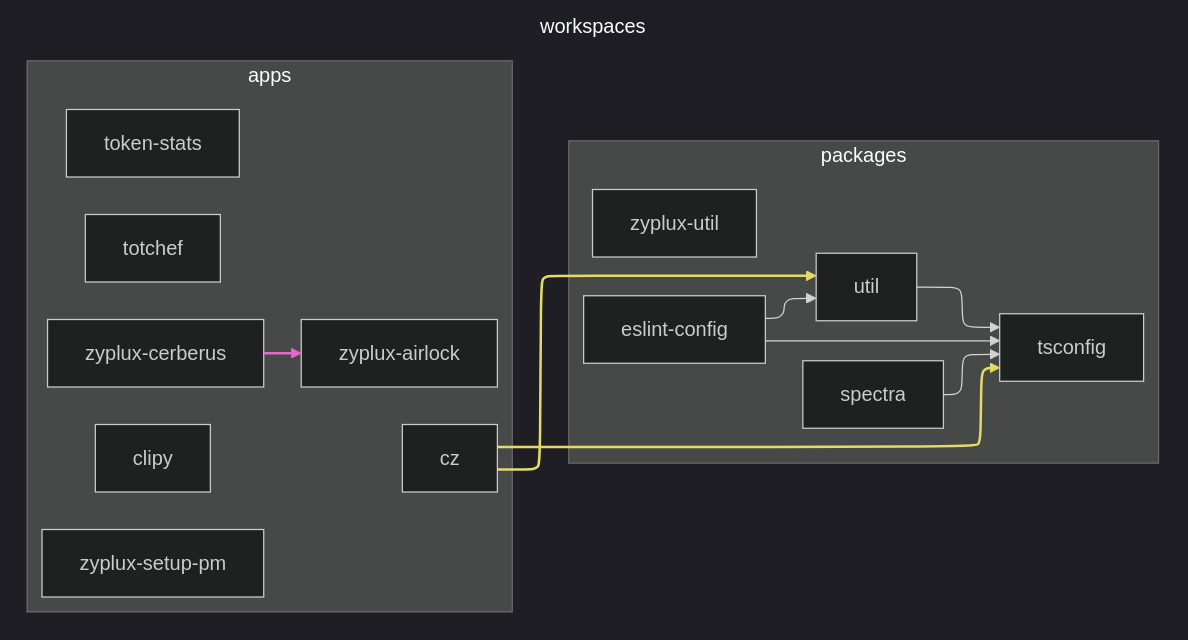
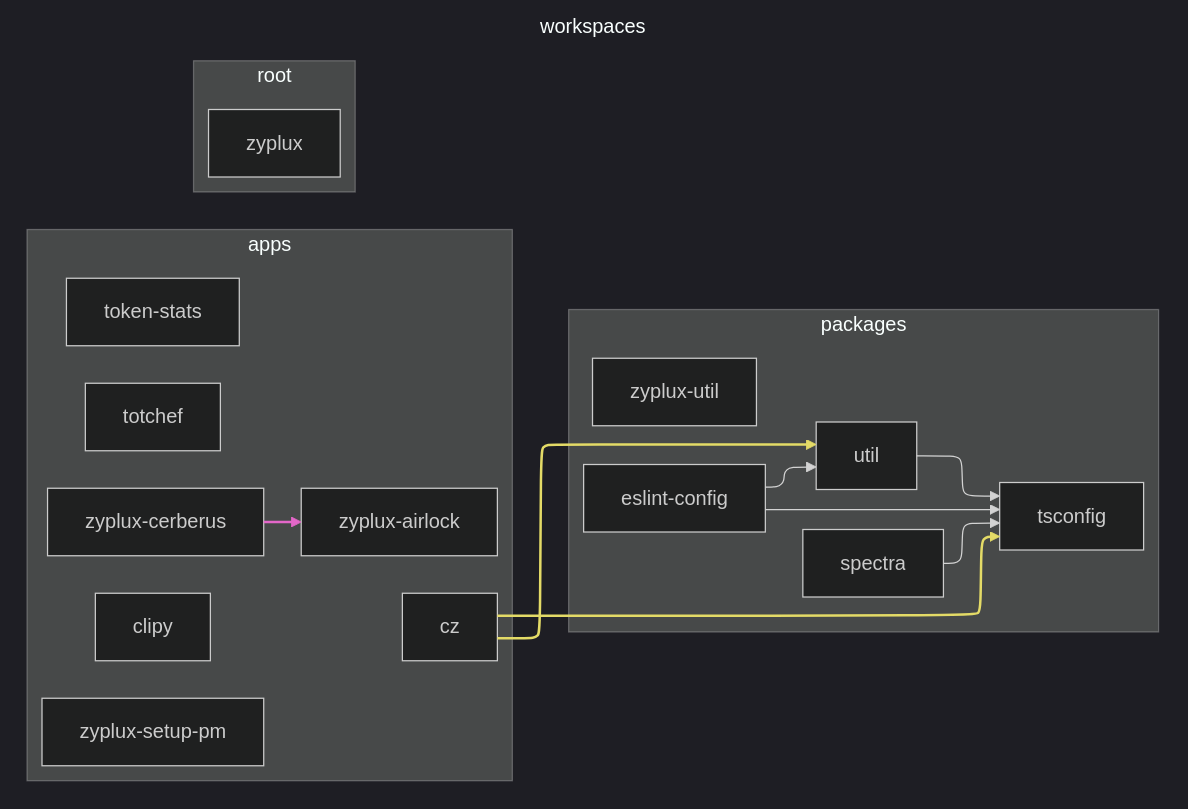
One commit to zyplux/zyplux changed the diagram in WORKSPACE_GRAPH.md. Above: the diagram before and after it, drawn with Mermaid. The commit also changed 17 other files, not shown here.

````diff
--- a/WORKSPACE_GRAPH.md
+++ b/WORKSPACE_GRAPH.md
@@ -5,39 +5,42 @@
 ```mermaid
 ---
 config:
   theme: dark
   layout: elk
 ---
 flowchart LR
     subgraph workspaces
         subgraph group_0["apps"]
-            ws_0["zyplux-setup-pm"]
-            ws_1["zyplux-airlock"]
-            ws_2["zyplux-cerberus"]
-            ws_3["clipy"]
-            ws_4["cz"]
-            ws_5["token-stats"]
-            ws_6["totchef"]
+            ws_1["zyplux-setup-pm"]
+            ws_2["zyplux-airlock"]
+            ws_3["zyplux-cerberus"]
+            ws_4["clipy"]
+            ws_5["cz"]
+            ws_6["token-stats"]
+            ws_7["totchef"]
         end
         subgraph group_1["packages"]
-            ws_7["eslint-config"]
-            ws_8["spectra"]
-            ws_9["tsconfig"]
-            ws_10["util"]
-            ws_11["zyplux-util"]
+            ws_8["eslint-config"]
+            ws_9["spectra"]
+            ws_10["tsconfig"]
+            ws_11["util"]
+            ws_12["zyplux-util"]
+        end
+        subgraph group_2["root"]
+            ws_0["zyplux"]
         end
     end
-    ws_2 ws_2__ws_1@--> ws_1
-    classDef ws_2_edges stroke:#e467c9,stroke-width:2px
-    class ws_2__ws_1 ws_2_edges
-    ws_4 ws_4__ws_9@--> ws_9
-    ws_4 ws_4__ws_10@--> ws_10
-    classDef ws_4_edges stroke:#e4db67,stroke-width:2px
-    class ws_4__ws_9,ws_4__ws_10 ws_4_edges
-    ws_7 ws_7__ws_9@--> ws_9
-    ws_7 ws_7__ws_10@--> ws_10
-    ws_8 ws_8__ws_9@--> ws_9
-    ws_10 ws_10__ws_9@--> ws_9
+    ws_3 ws_3__ws_2@--> ws_2
+    classDef ws_3_edges stroke:#e467c9,stroke-width:2px
+    class ws_3__ws_2 ws_3_edges
+    ws_5 ws_5__ws_10@--> ws_10
+    ws_5 ws_5__ws_11@--> ws_11
+    classDef ws_5_edges stroke:#e4db67,stroke-width:2px
+    class ws_5__ws_10,ws_5__ws_11 ws_5_edges
+    ws_8 ws_8__ws_10@--> ws_10
+    ws_8 ws_8__ws_11@--> ws_11
+    ws_9 ws_9__ws_10@--> ws_10
+    ws_11 ws_11__ws_10@--> ws_10
     classDef foundation fill:#2b2b2b,stroke:#888,stroke-dasharray:5 5
     style workspaces fill:transparent,stroke:none
 ```
````
